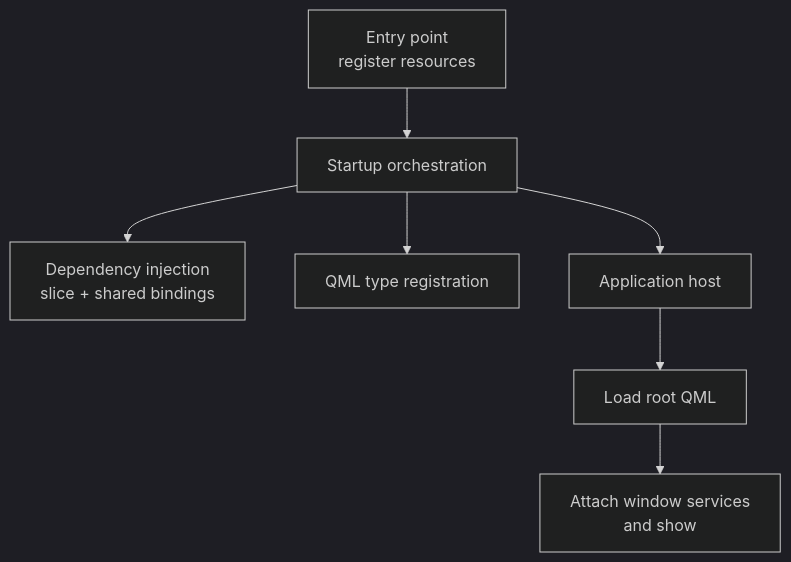
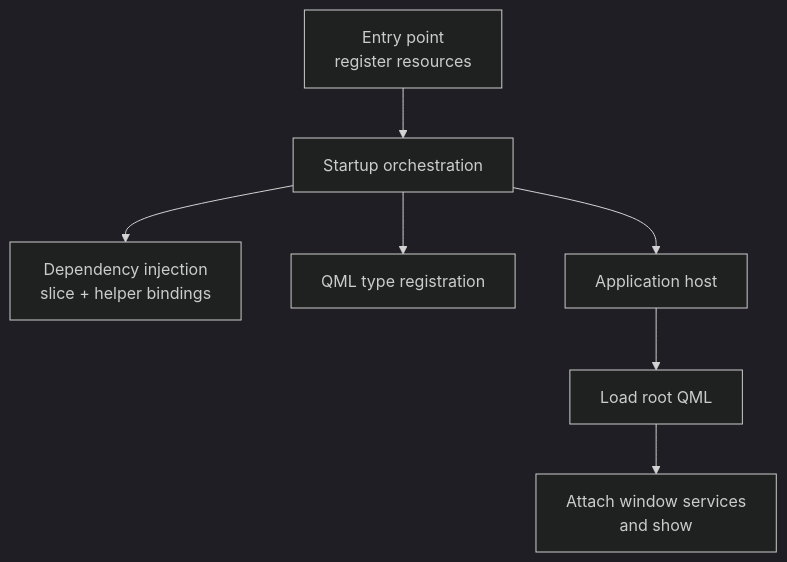
The second of 3 diagrams in docs/architecture.md (mpvqc/mpvQC), drawn with Mermaid (dark theme) before and after one commit. The commit also changed other lines of this file and 4 other files, not shown here.

````diff
--- a/docs/architecture.md
+++ b/docs/architecture.md
@@ -89,9 +90,9 @@
 ```mermaid
 flowchart TD
     ENTRY["Entry point<br/>register resources"] --> START["Startup orchestration"]
-    START --> DI["Dependency injection<br/>slice + shared bindings"]
+    START --> DI["Dependency injection<br/>slice + helper bindings"]
     START --> TYPES["QML type registration"]
     START --> APP["Application host"]
     APP --> ROOT["Load root QML"]
     ROOT --> WINDOW["Attach window services<br/>and show"]
 ```
````
